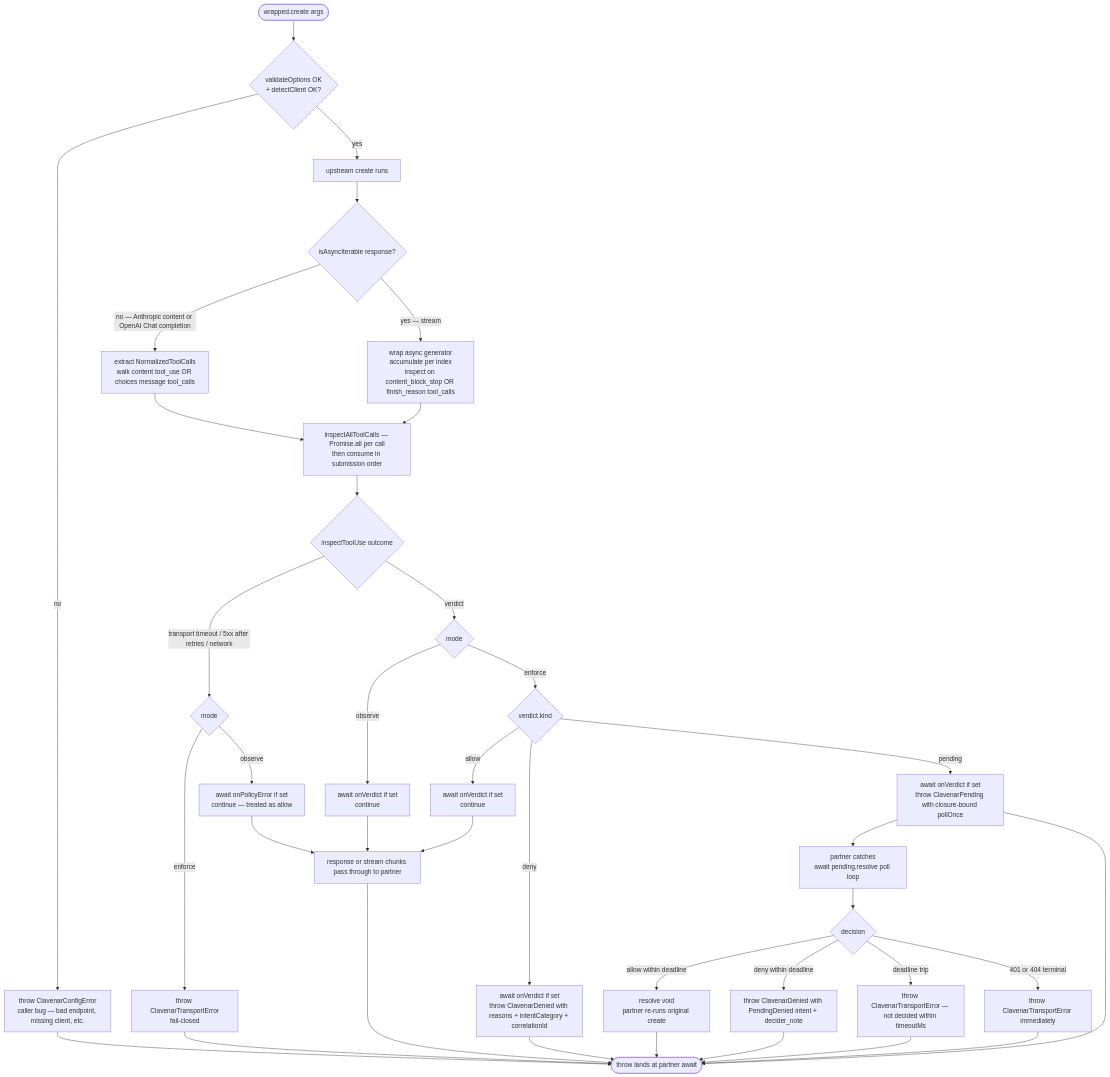
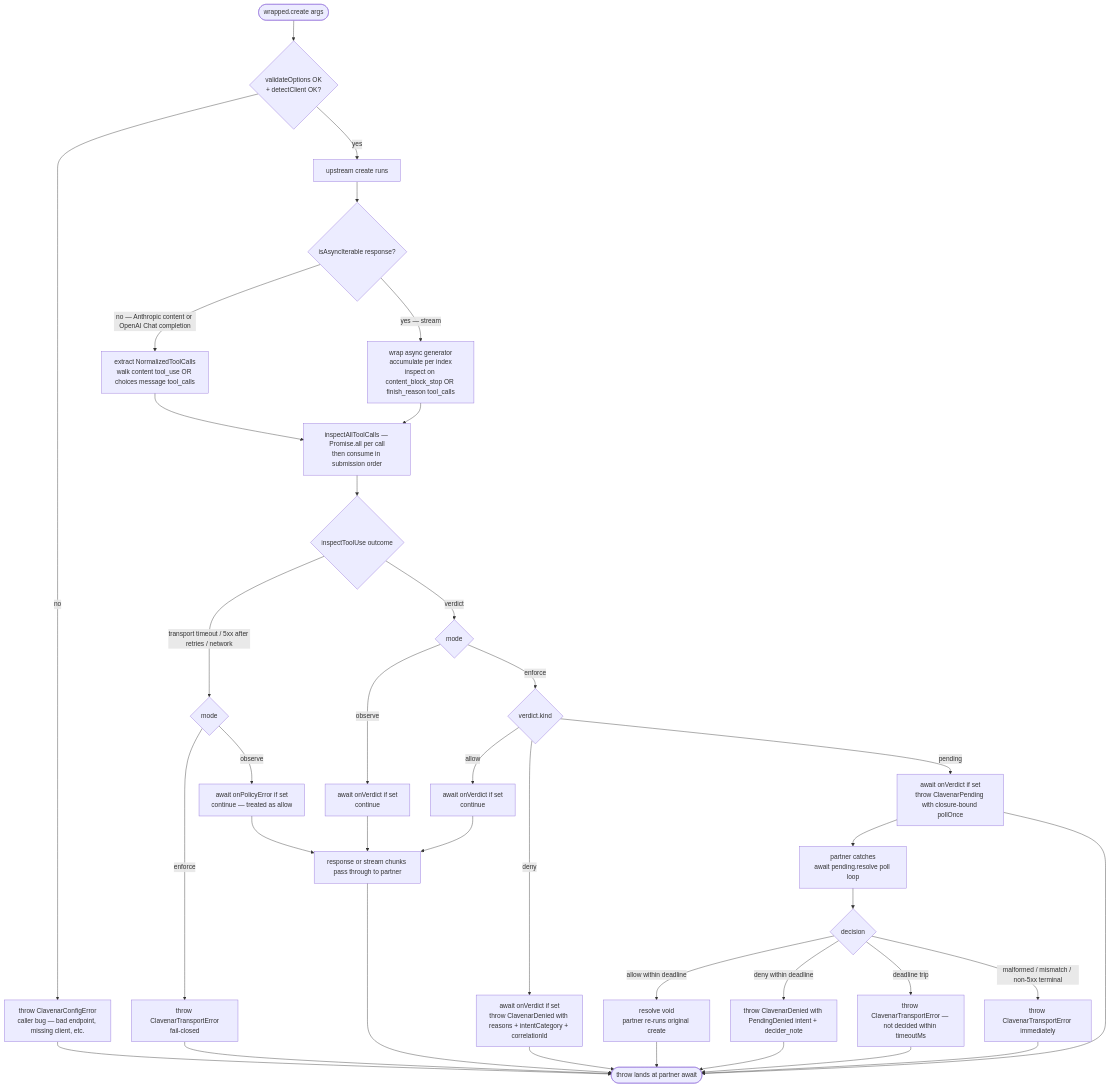
One commit to clavenar/clavenar-typescript-sdk changed the sixth of 6 diagrams in docs/SEQUENCES.md. Above: the diagram before and after it, drawn with Mermaid. The commit also changed other lines of this file and 20 other files, not shown here.

````diff
--- a/docs/SEQUENCES.md
+++ b/docs/SEQUENCES.md
@@ -298,46 +300,46 @@
 ```mermaid
 flowchart TD
     Start([wrapped.create args]) --> Cfg{validateOptions OK<br/>+ detectClient OK?}
     Cfg -->|no| Cerr[throw ClavenarConfigError<br/>caller bug — bad endpoint, missing client, etc.]
     Cfg -->|yes| Up[upstream create runs]
 
     Up --> Shape{isAsyncIterable response?}
     Shape -->|no — Anthropic content or OpenAI Chat completion| Sync[extract NormalizedToolCalls<br/>walk content tool_use OR choices message tool_calls]
     Shape -->|yes — stream| Stream[wrap async generator<br/>accumulate per index<br/>inspect on content_block_stop OR finish_reason tool_calls]
 
     Sync --> Loop[inspectAllToolCalls — Promise.all per call<br/>then consume in submission order]
     Stream --> Loop
 
     Loop --> Insp{inspectToolUse outcome}
     Insp -->|transport timeout / 5xx after retries / network| Tport{mode}
     Tport -->|enforce| Te[throw ClavenarTransportError<br/>fail-closed]
     Tport -->|observe| Toe[await onPolicyError if set<br/>continue — treated as allow]
 
     Insp -->|verdict| Mode{mode}
     Mode -->|observe| Obs[await onVerdict if set<br/>continue]
     Mode -->|enforce| Vk{verdict.kind}
     Vk -->|allow| Ok[await onVerdict if set<br/>continue]
     Vk -->|deny| Dn[await onVerdict if set<br/>throw ClavenarDenied with reasons + intentCategory + correlationId]
     Vk -->|pending| Pn[await onVerdict if set<br/>throw ClavenarPending with closure-bound pollOnce]
 
     Pn --> Resolve[partner catches<br/>await pending.resolve poll loop]
     Resolve --> Rd{decision}
     Rd -->|allow within deadline| Rok[resolve void<br/>partner re-runs original create]
     Rd -->|deny within deadline| Rdn[throw ClavenarDenied with PendingDenied intent + decider_note]
     Rto[throw ClavenarTransportError — not decided within timeoutMs]
     Rd -->|deadline trip| Rto
-    Rd -->|401 or 404 terminal| Rterm[throw ClavenarTransportError immediately]
+    Rd -->|malformed / mismatch / non-5xx terminal| Rterm[throw ClavenarTransportError immediately]
 
     Obs --> Pass[response or stream chunks pass through to partner]
     Ok --> Pass
     Toe --> Pass
     Te --> End([throw lands at partner await])
     Dn --> End
     Pn --> End
     Cerr --> End
     Pass --> End
     Rok --> End
     Rdn --> End
     Rto --> End
     Rterm --> End
 ```
````
